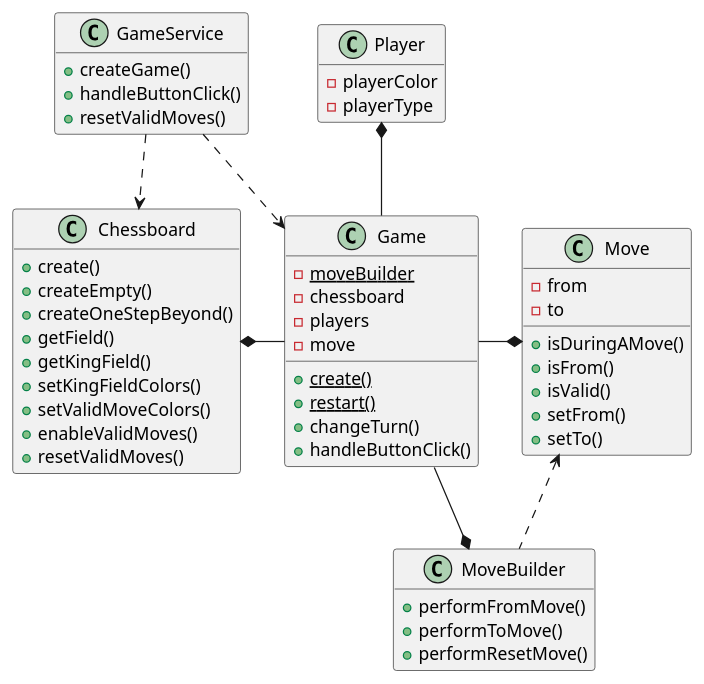
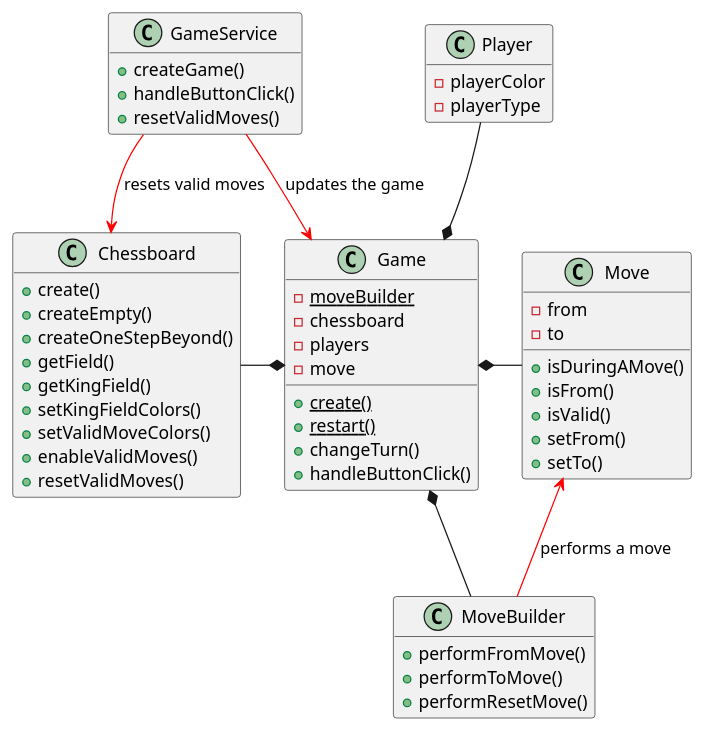
Before and after one commit to tiktaalick/chess-with-database: the diagram in game/src/main/resources/uml/game.puml, drawn with PlantUML. The commit also changed 6 other files, not shown here.

Commit message:
* Added a PlantUML class diagram describing the player package. * Updated the other class diagrams as well.

```diff
--- a/game/src/main/resources/uml/game.puml
+++ b/game/src/main/resources/uml/game.puml
@@ -1,72 +1,72 @@
 @startuml
 
 '--------------'
 'Hidden members'
 '--------------'
 hide empty members
 
 '----'
 'Game'
 '----'
 class GameService {
     + createGame()
     + handleButtonClick()
     + resetValidMoves()
 }
 
 class Game {
     - {static} moveBuilder
     - chessboard
     - players
     - move
     + {static} create()
     + {static} restart()
     + changeTurn()
     + handleButtonClick()
 }
 
 class Chessboard {
     + create()
     + createEmpty()
     + createOneStepBeyond()
     + getField()
     + getKingField()
     + setKingFieldColors()
     + setValidMoveColors()
     + enableValidMoves()
     + resetValidMoves()
 }
 
 class Move {
     - from
     - to
     + isDuringAMove()
     + isFrom()
     + isValid()
     + setFrom()
     + setTo()
 }
 
 class MoveBuilder {
     + performFromMove()
     + performToMove()
     + performResetMove()
 }
 
 class Player {
     - playerColor
     - playerType
 }
 
 '---------'
 'Relations'
 '---------'
-GameService ..> Game
-GameService ..> Chessboard
-Game -left-* Chessboard
-Game -down-* MoveBuilder
-MoveBuilder .up.> Move
-Game -right-* Move
-Game -up-* Player
+GameService -[#red]-> Game : updates the game
+GameService -[#red]-> Chessboard : resets valid moves
+Game *-left- Chessboard
+Game *-down- MoveBuilder
+MoveBuilder -up[#red]-> Move : performs a move
+Game *-right- Move
+Game *-up- Player
 
 @enduml
```
